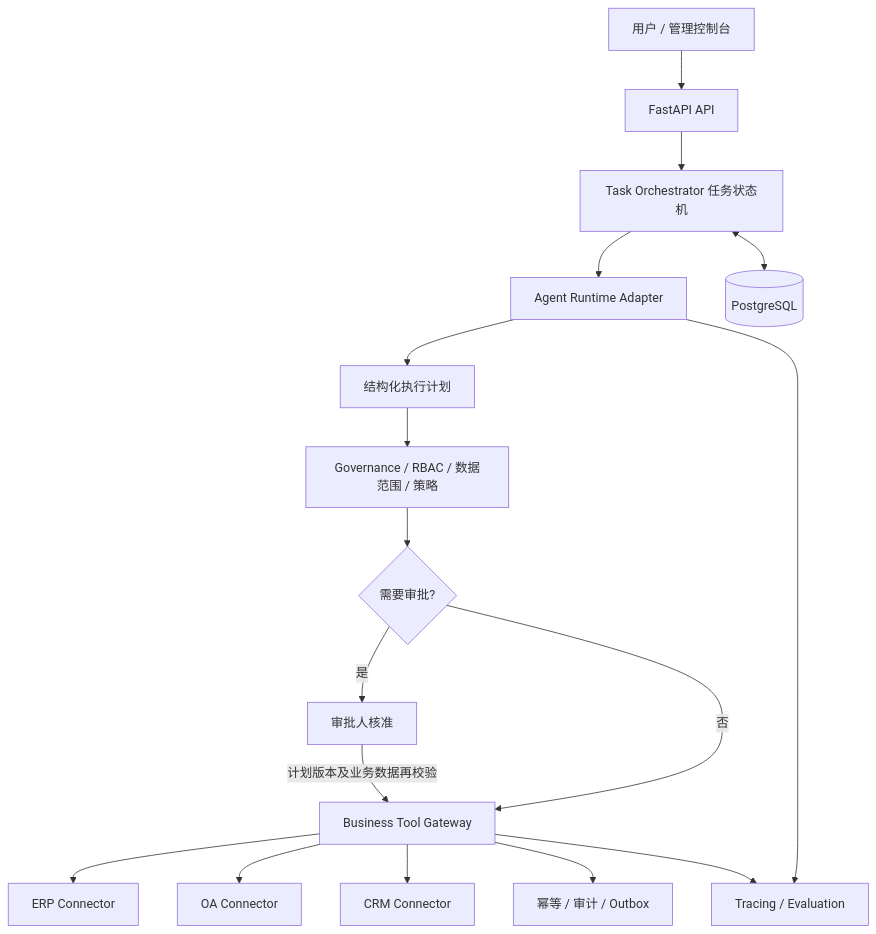
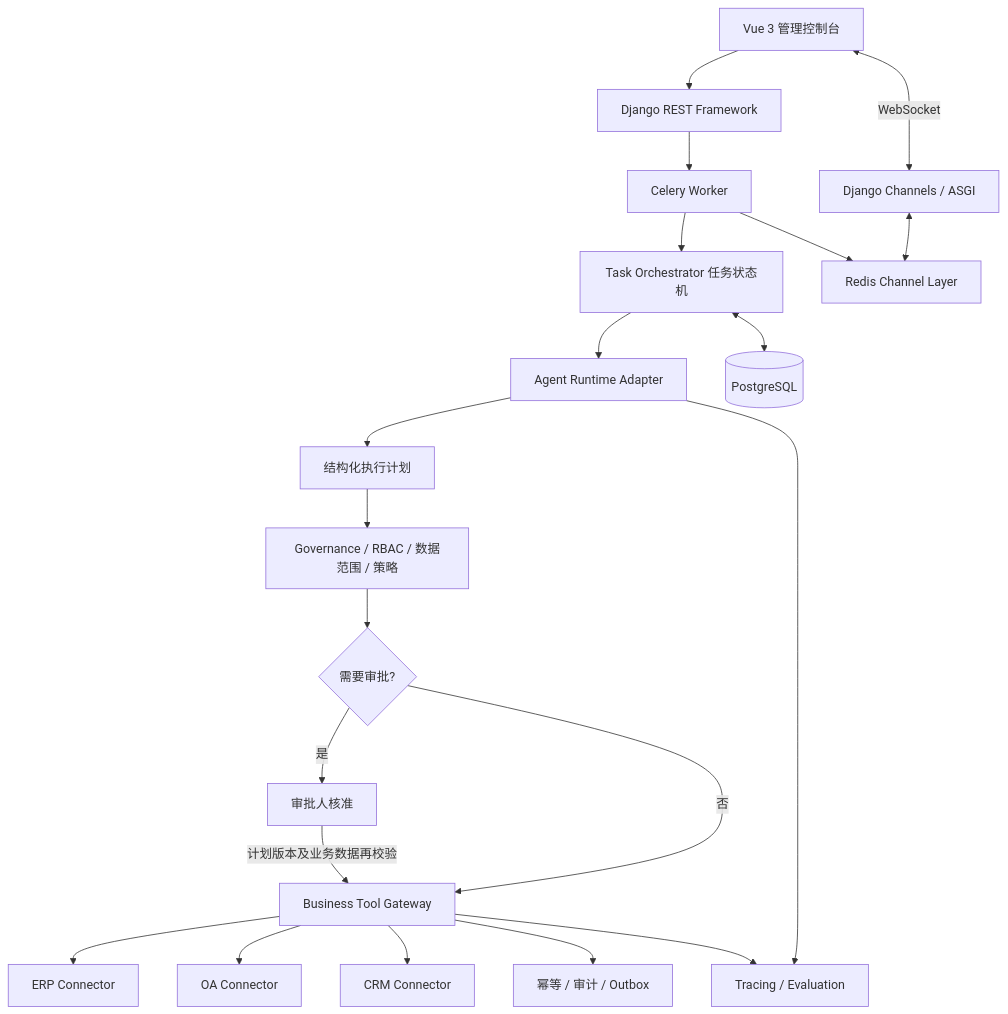
The diagram in docs/architecture/overview.md (calvin-207/Enterprise-Agent-Hub), drawn with Mermaid before and after one commit. The commit also changed other lines of this file, not shown here.

Commit message:
docs: migrate architecture to Django Vue and Channels

````diff
--- a/docs/architecture/overview.md
+++ b/docs/architecture/overview.md
@@ -7,19 +7,23 @@
 ```mermaid
 flowchart TB
-    USER[用户 / 管理控制台] --> API[FastAPI API]
-    API --> TASK[Task Orchestrator 任务状态机]
+    USER[Vue 3 管理控制台] --> API[Django REST Framework]
+    USER <-->|WebSocket| CHANNELS[Django Channels / ASGI]
+    CHANNELS <--> REDIS[Redis Channel Layer]
+    API --> CELERY[Celery Worker]
+    CELERY --> TASK[Task Orchestrator 任务状态机]
+    CELERY --> REDIS
     TASK --> AGENT[Agent Runtime Adapter]
     AGENT --> PLAN[结构化执行计划]
     PLAN --> POLICY[Governance / RBAC / 数据范围 / 策略]
     POLICY --> APPROVAL{需要审批?}
     APPROVAL -->|是| HUMAN[审批人核准]
     HUMAN -->|计划版本及业务数据再校验| GATEWAY[Business Tool Gateway]
     APPROVAL -->|否| GATEWAY
     GATEWAY --> ERP[ERP Connector]
     GATEWAY --> OA[OA Connector]
     GATEWAY --> CRM[CRM Connector]
     TASK <--> DB[(PostgreSQL)]
     GATEWAY --> OUTBOX[幂等 / 审计 / Outbox]
     AGENT --> OBS[Tracing / Evaluation]
     GATEWAY --> OBS
 ```
````
